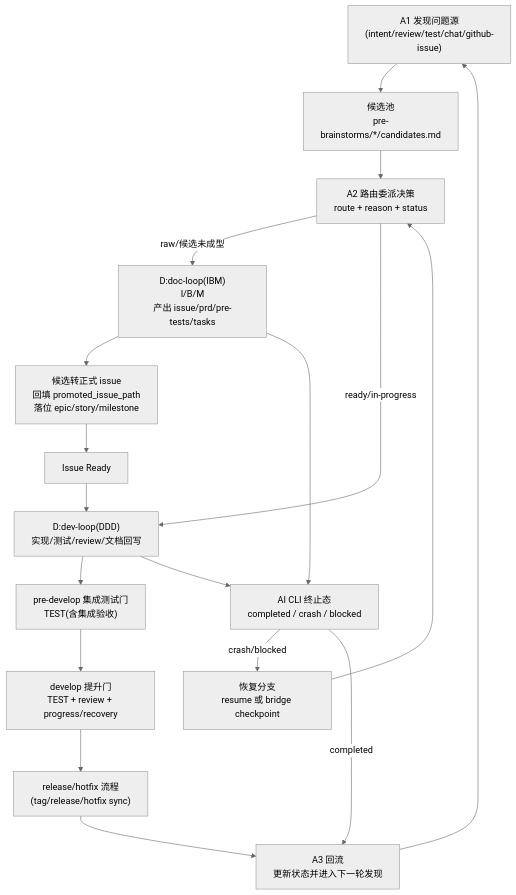
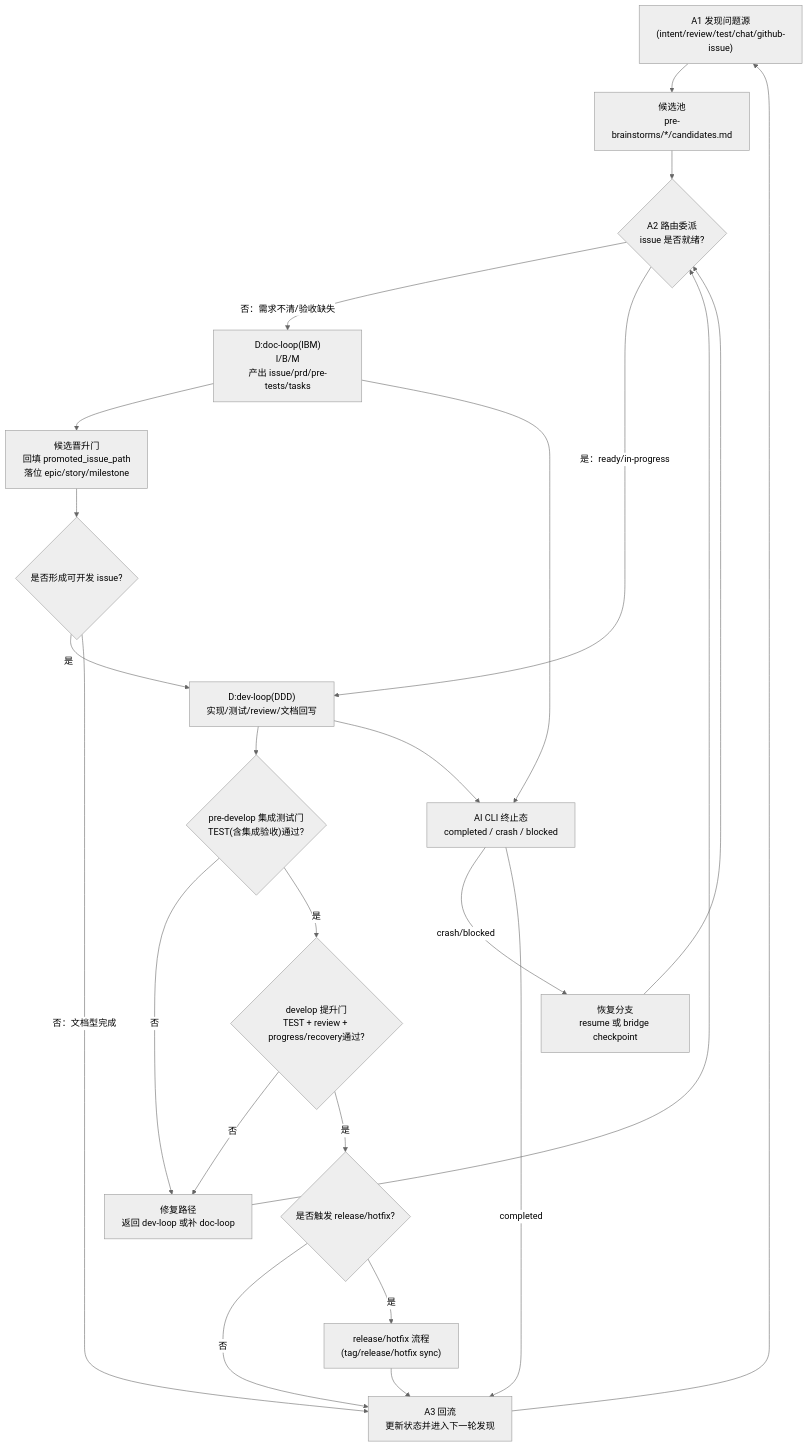
Before and after one commit to chatterzhao/freely: the diagram in docs/PROJECT_INTENT.md, drawn with Mermaid (neutral theme). The commit also changed 1 other file, not shown here.

Commit message:
docs: correct delegated routing diagram with failure and optional release branches

````diff
--- a/docs/PROJECT_INTENT.md
+++ b/docs/PROJECT_INTENT.md
@@ -55,31 +55,43 @@
 ```mermaid
 flowchart TD
     S1["A1 发现问题源\n(intent/review/test/chat/github-issue)"]
     S2["候选池\npre-brainstorms/*/candidates.md"]
-    S3["A2 路由委派决策\nroute + reason + status"]
+    S3{"A2 路由委派\nissue 是否就绪?"}
 
     D1["D:doc-loop(IBM)\nI/B/M\n产出 issue/prd/pre-tests/tasks"]
-    V1["候选转正式 issue\n回填 promoted_issue_path\n落位 epic/story/milestone"]
-    E1["Issue Ready"]
+    V1["候选晋升门\n回填 promoted_issue_path\n落位 epic/story/milestone"]
+    J1{"是否形成可开发 issue?"}
 
     D2["D:dev-loop(DDD)\n实现/测试/review/文档回写"]
-    G1["pre-develop 集成测试门\nTEST(含集成验收)"]
-    G2["develop 提升门\nTEST + review + progress/recovery"]
+    G1{"pre-develop 集成测试门\nTEST(含集成验收)通过?"}
+    G2{"develop 提升门\nTEST + review + progress/recovery通过?"}
+    F1["修复路径\n返回 dev-loop 或补 doc-loop"]
+    R0{"是否触发 release/hotfix?"}
     R1["release/hotfix 流程\n(tag/release/hotfix sync)"]
 
     A3["A3 回流\n更新状态并进入下一轮发现"]
     X1["AI CLI 终止态\ncompleted / crash / blocked"]
     RC["恢复分支\nresume 或 bridge checkpoint"]
 
     S1 --> S2 --> S3
-    S3 -->|"raw/候选未成型"| D1
-    D1 --> V1 --> E1 --> D2
-    S3 -->|"ready/in-progress"| D2
+    S3 -->|"否：需求不清/验收缺失"| D1
+    S3 -->|"是：ready/in-progress"| D2
+    D1 --> V1 --> J1
+    J1 -->|"是"| D2
+    J1 -->|"否：文档型完成"| A3
 
-    D2 --> G1 --> G2 --> R1 --> A3 --> S1
+    D2 --> G1
+    G1 -->|"否"| F1
+    G1 -->|"是"| G2
+    G2 -->|"否"| F1
+    G2 -->|"是"| R0
+    F1 --> S3
+    R0 -->|"否"| A3
+    R0 -->|"是"| R1 --> A3
+    A3 --> S1
 
     D1 --> X1
     D2 --> X1
     X1 -->|"crash/blocked"| RC --> S3
     X1 -->|"completed"| A3
 ```
````
